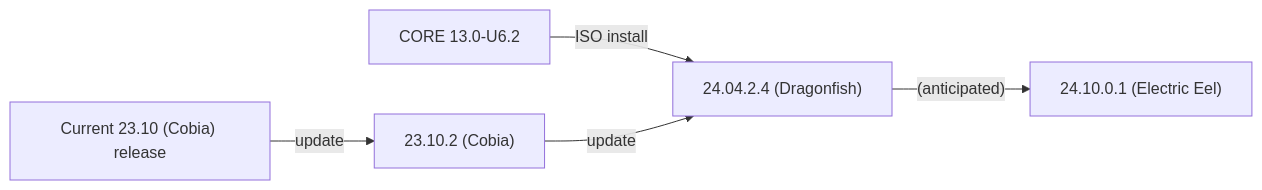
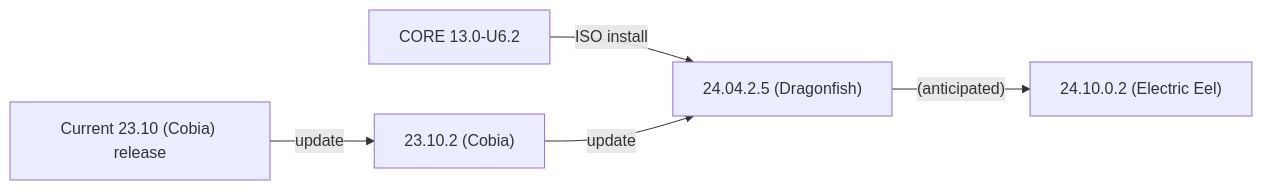
One commit to truenas/documentation changed the second of 2 diagrams in static/includes/SCALEUpgradePaths.md. Above: the diagram before and after it, drawn with Mermaid. The commit also changed other lines of this file and 3 other files, not shown here.

```diff
--- a/static/includes/SCALEUpgradePaths.md
+++ b/static/includes/SCALEUpgradePaths.md
@@ -65,8 +65,8 @@
           {{< mermaid class="mermaid_sizing" >}}
           flowchart LR
             A["CORE 13.0-U6.2"] -->|ISO install| D
             B["Current 23.10 (Cobia) release"] -->|update| C
             C["23.10.2 (Cobia)"] -->|update| D
-            D["24.04.2.4 (Dragonfish)"]  -->|"(anticipated)"| E
-            E["24.10.0.1 (Electric Eel)"]
+            D["24.04.2.5 (Dragonfish)"]  -->|"(anticipated)"| E
+            E["24.10.0.2 (Electric Eel)"]
           {{< /mermaid >}}
```
